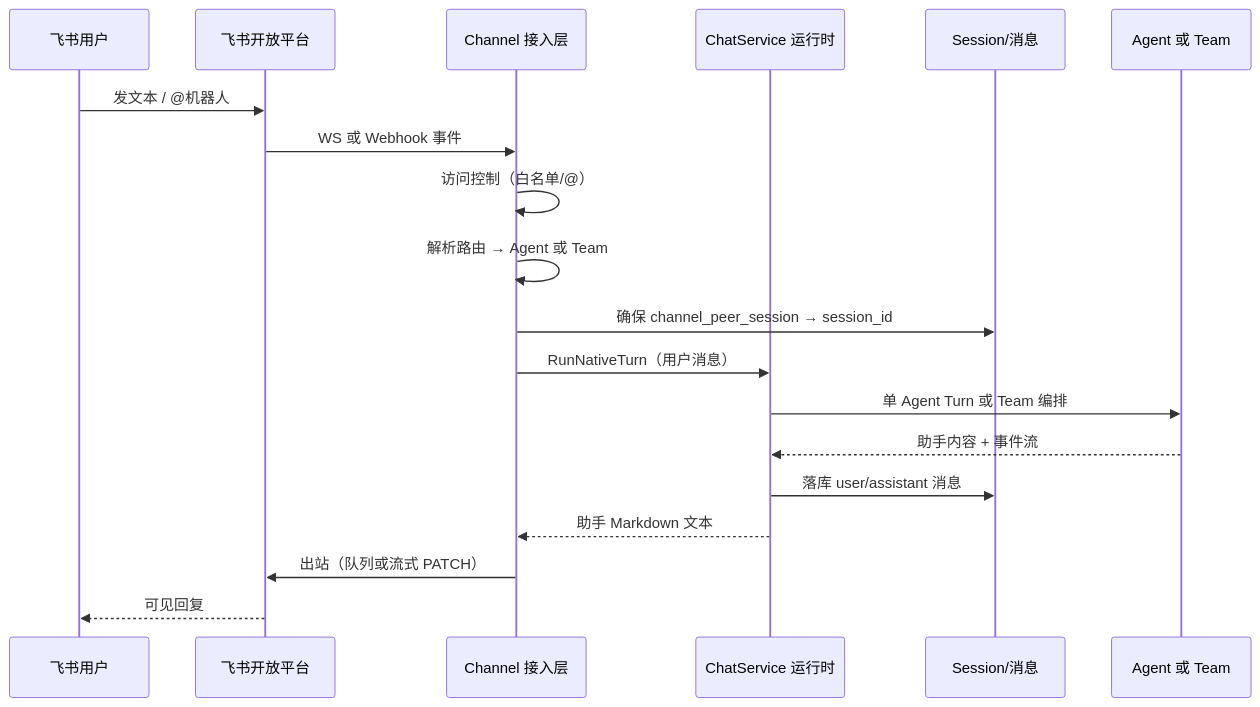
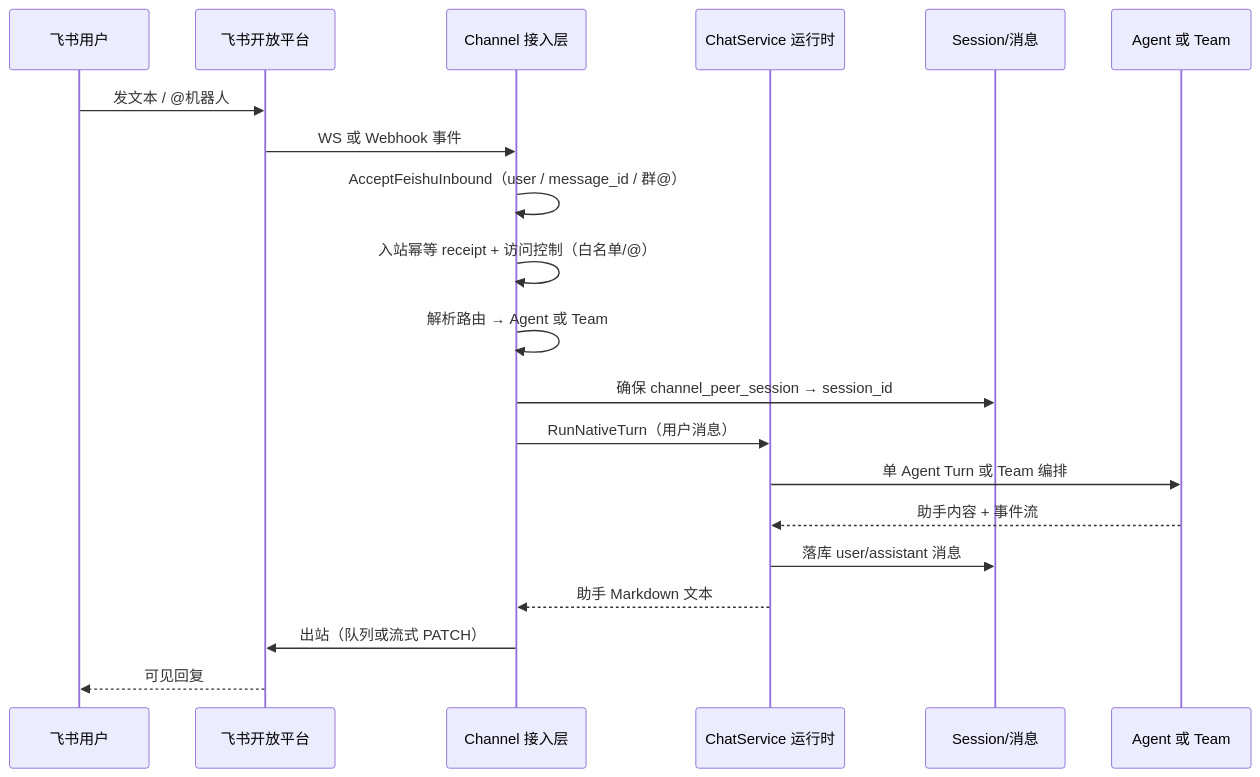
The diagram in docs/需求/17-channel-agent-team-integration.md (AmarsDing/aranea-agents), drawn with Mermaid before and after one commit. The commit also changed 31 other files, not shown here.

First line of the commit message:
feat(channel): add feishu inbound idempotency and gate fixes

````diff
--- a/docs/需求/17-channel-agent-team-integration.md
+++ b/docs/需求/17-channel-agent-team-integration.md
@@ -69,22 +69,23 @@
 ```mermaid
 sequenceDiagram
   participant U as 飞书用户
   participant FS as 飞书开放平台
   participant CH as Channel 接入层
   participant RT as ChatService 运行时
   participant S as Session/消息
   participant A as Agent 或 Team
 
   U->>FS: 发文本 / @机器人
   FS->>CH: WS 或 Webhook 事件
-  CH->>CH: 访问控制（白名单/@）
+  CH->>CH: AcceptFeishuInbound（user / message_id / 群@）
+  CH->>CH: 入站幂等 receipt + 访问控制（白名单/@）
   CH->>CH: 解析路由 → Agent 或 Team
   CH->>S: 确保 channel_peer_session → session_id
   CH->>RT: RunNativeTurn（用户消息）
   RT->>A: 单 Agent Turn 或 Team 编排
   A-->>RT: 助手内容 + 事件流
   RT->>S: 落库 user/assistant 消息
   RT-->>CH: 助手 Markdown 文本
   CH->>FS: 出站（队列或流式 PATCH）
   FS-->>U: 可见回复
 ```
````
